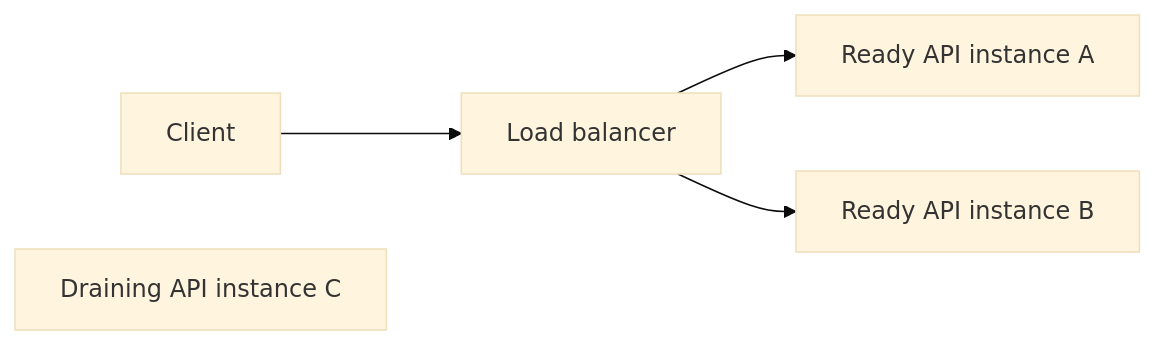
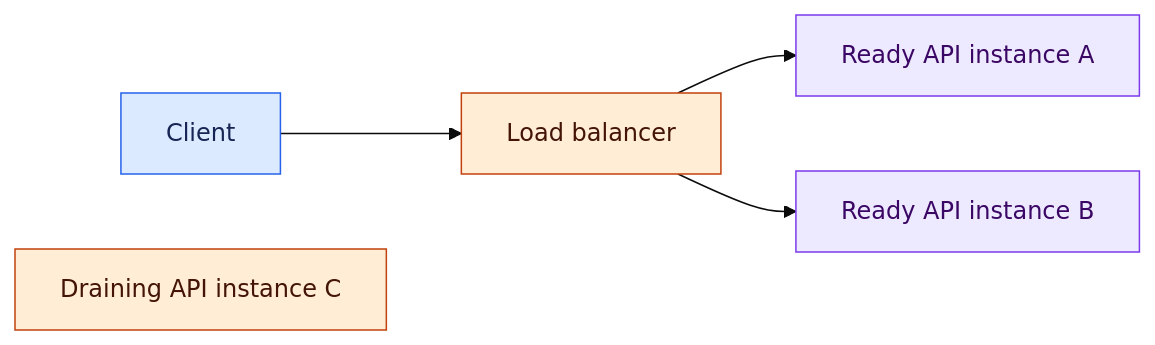
Before and after one commit to Shaktiprasadram22/system-design-26-week-roadmap: the first of 7 diagrams in chapters/02-core-system-design.md, drawn with Mermaid (base theme). The commit also changed other lines of this file and 21 other files, not shown here.

````diff
--- a/chapters/02-core-system-design.md
+++ b/chapters/02-core-system-design.md
@@ -67,7 +73,15 @@
 ```mermaid
 flowchart LR
     C["Client"] --> L["Load balancer"]
     L --> A["Ready API instance A"]
     L --> B["Ready API instance B"]
     D["Draining API instance C"]
+
+    classDef input fill:#dbeafe,stroke:#2563eb,color:#172554;
+    classDef service fill:#ede9fe,stroke:#7c3aed,color:#3b0764;
+    classDef data fill:#ccfbf1,stroke:#0f766e,color:#134e4a;
+    classDef edge fill:#ffedd5,stroke:#c2410c,color:#431407;
+    class C input;
+    class L,D edge;
+    class A,B service;
 ```
````
